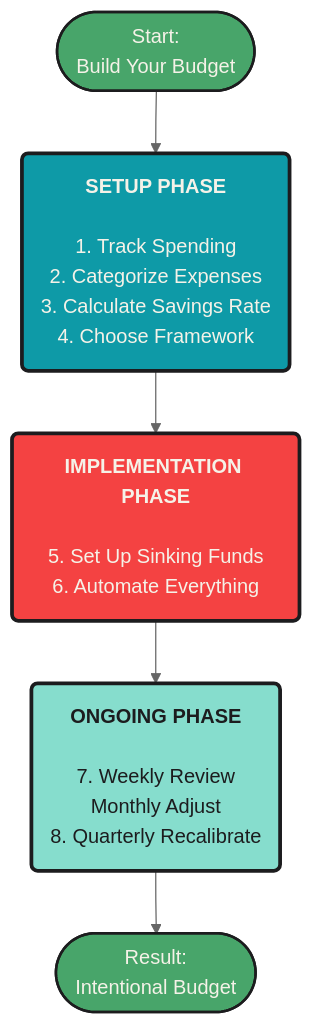
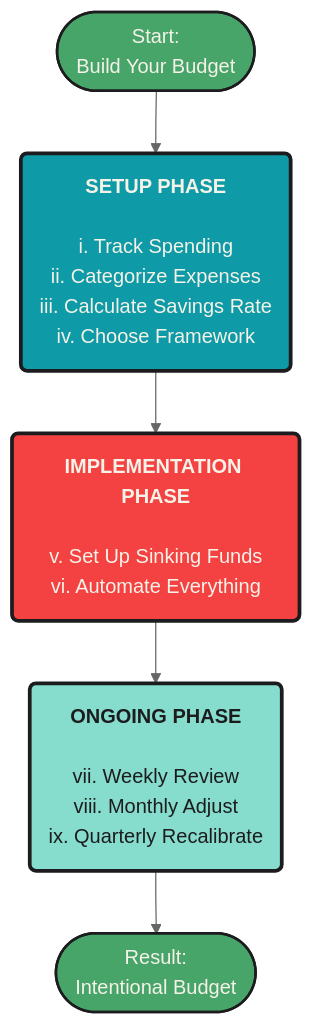
Before and after one commit to mjfrigaard/fm-finance: the fourth of 4 diagrams in budgeting.qmd, drawn with Mermaid. The commit also changed other lines of this file and 20 other files, not shown here.

Commit message:
updates to mermaid diagrams

````diff
--- a/budgeting.qmd
+++ b/budgeting.qmd
@@ -770,20 +768,20 @@
 ```{mermaid}
 %%| fig-cap: 'Build Your Budget: Three Phases'
 %%| fig-align: center
-%%{init: {'theme': 'neutral', 'themeVariables': { 'fontFamily': 'monospace', "fontSize":"16px", 'primaryColor':'#0e9aa7', 'primaryBorderColor':'#1C1C1E', 'secondBkgColor':'#f44242', 'tertiaryColor':'#48a56a'}}}%%
+%%{init: {'theme': 'neutral', 'themeVariables': { 'fontFamily': 'monospace', "darkMode":false, "fontSize":"16px", 'primaryColor':'#0e9aa7', 'primaryBorderColor':'#1C1C1E', 'secondBkgColor':'#f44242', 'tertiaryColor':'#48a56a'}}}%%
 
 flowchart TD
-    Start(["Start:<br>Build Your Budget"]) --> S1("<b>SETUP PHASE</b><br><br>1. Track Spending<br>2. Categorize Expenses<br>3. Calculate Savings Rate<br>4. Choose Framework")
+    Start(["Start:<br>Build Your Budget"]) --> S1("<b>SETUP PHASE</b><br><br>i. Track Spending<br>ii. Categorize Expenses<br>iii. Calculate Savings Rate<br>iv. Choose Framework")
 
-    S1 --> I1("<b>IMPLEMENTATION PHASE</b><br><br>5. Set Up Sinking Funds<br>6. Automate Everything")
+    S1 --> I1("<b>IMPLEMENTATION PHASE</b><br><br>v. Set Up Sinking Funds<br>vi. Automate Everything")
 
-    I1 --> O1("<b>ONGOING PHASE</b><br><br>7. Weekly Review<br>Monthly Adjust<br>8. Quarterly Recalibrate")
+    I1 --> O1("<b>ONGOING PHASE</b><br><br>vii. Weekly Review<br>viii. Monthly Adjust<br>ix. Quarterly Recalibrate")
 
     O1 --> End(["Result:<br>Intentional Budget"])
 
     style Start fill:#48a56a,color:#F5F2E8,stroke:#1C1C1E,stroke-width:2px
     style S1 fill:#0e9aa7,color:#F5F2E8,stroke:#1C1C1E,stroke-width:3px
     style I1 fill:#f44242,color:#F5F2E8,stroke:#1C1C1E,stroke-width:3px
     style O1 fill:#86ddcd,color:#1C1C1E,stroke:#1C1C1E,stroke-width:3px
     style End fill:#48a56a,color:#F5F2E8,stroke:#1C1C1E,stroke-width:2px
 ```
````
